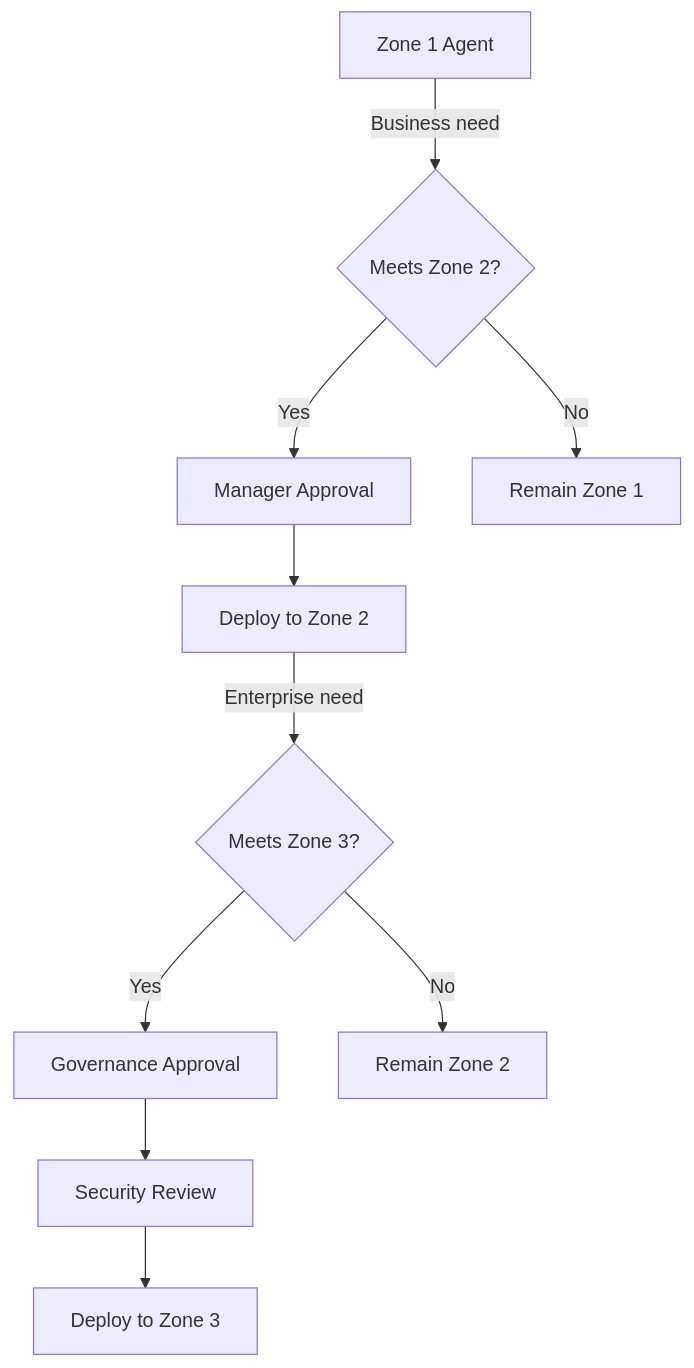
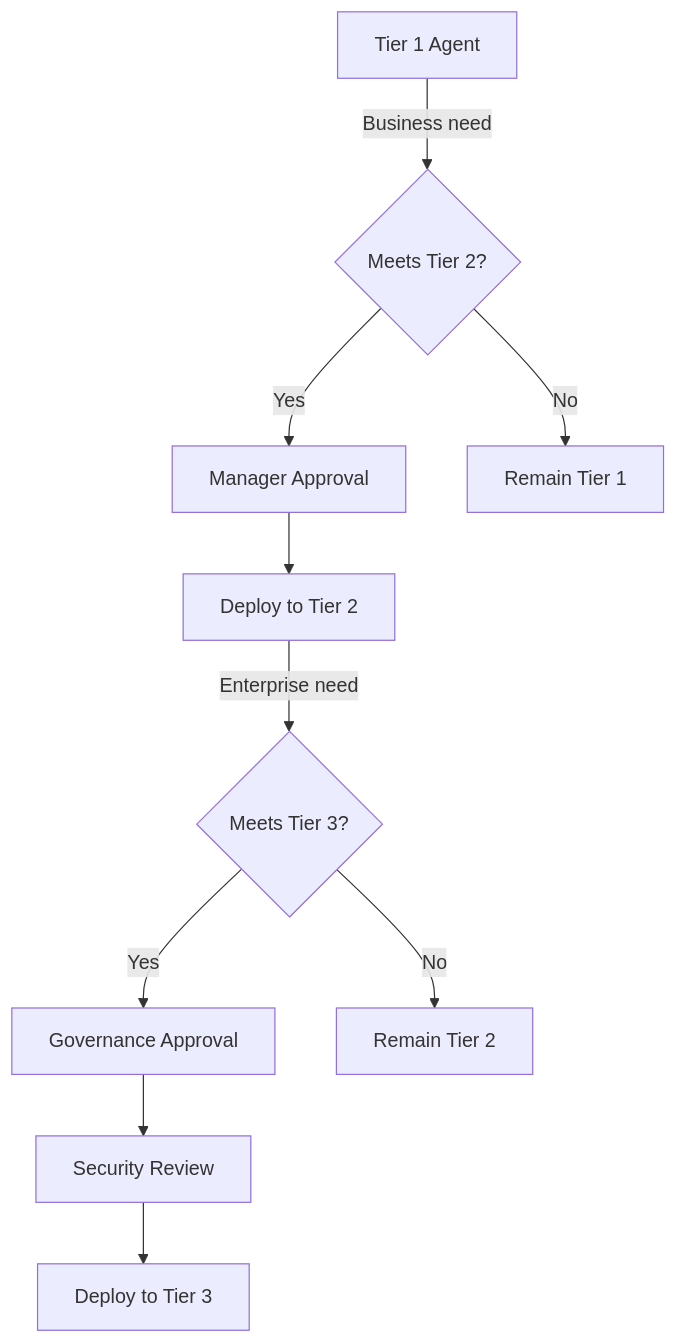
The first of 3 diagrams in docs/reference/pillar-2-management/2.3-change-management-and-release-planning.md (judeper/FSI-AgentGov), drawn with Mermaid before and after one commit. The commit also changed other lines of this file and 130 other files, not shown here.

````diff
--- a/docs/reference/pillar-2-management/2.3-change-management-and-release-planning.md
+++ b/docs/reference/pillar-2-management/2.3-change-management-and-release-planning.md
@@ -35,12 +45,12 @@
 ```mermaid
 flowchart TD
-    A[Zone 1 Agent] -->|Business need| B{Meets Zone 2?}
+  A[Tier 1 Agent] -->|Business need| B{Meets Tier 2?}
     B -->|Yes| C[Manager Approval]
-    C --> D[Deploy to Zone 2]
-    D -->|Enterprise need| E{Meets Zone 3?}
+  C --> D[Deploy to Tier 2]
+  D -->|Enterprise need| E{Meets Tier 3?}
     E -->|Yes| F[Governance Approval]
     F --> G[Security Review]
-    G --> H[Deploy to Zone 3]
-    B -->|No| I[Remain Zone 1]
-    E -->|No| J[Remain Zone 2]
+  G --> H[Deploy to Tier 3]
+  B -->|No| I[Remain Tier 1]
+  E -->|No| J[Remain Tier 2]
 ```
````
